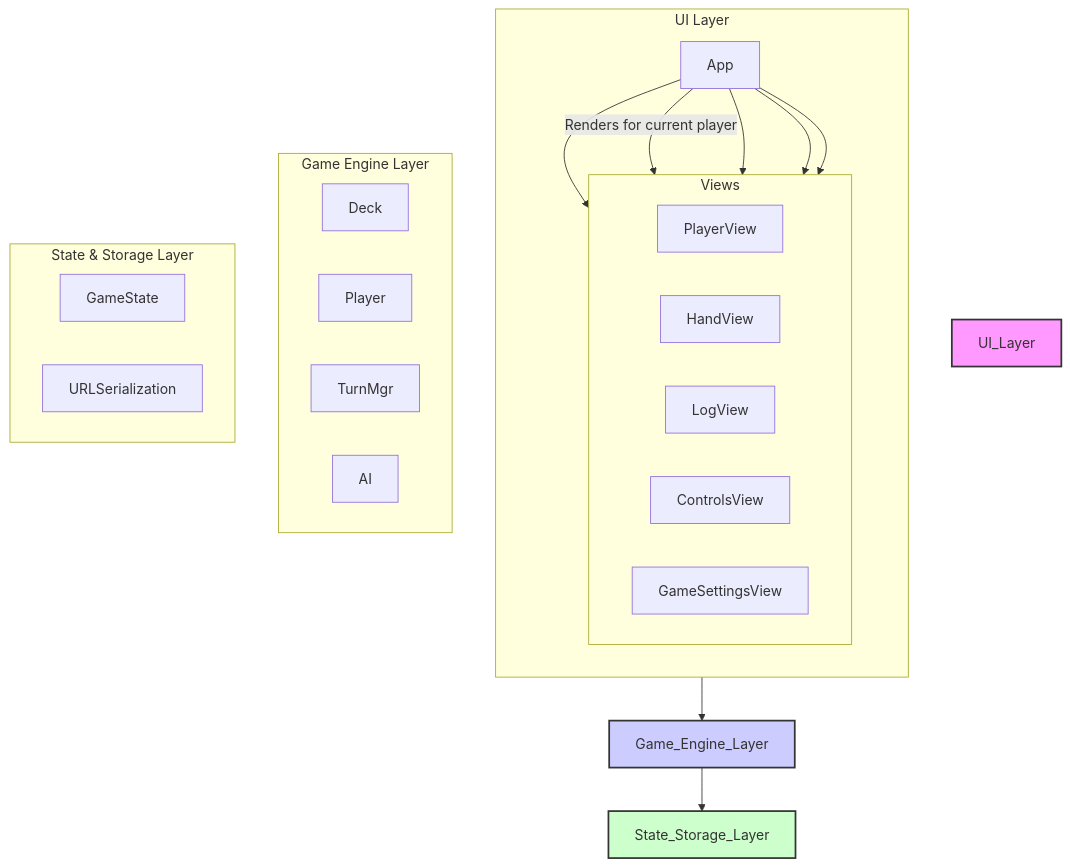
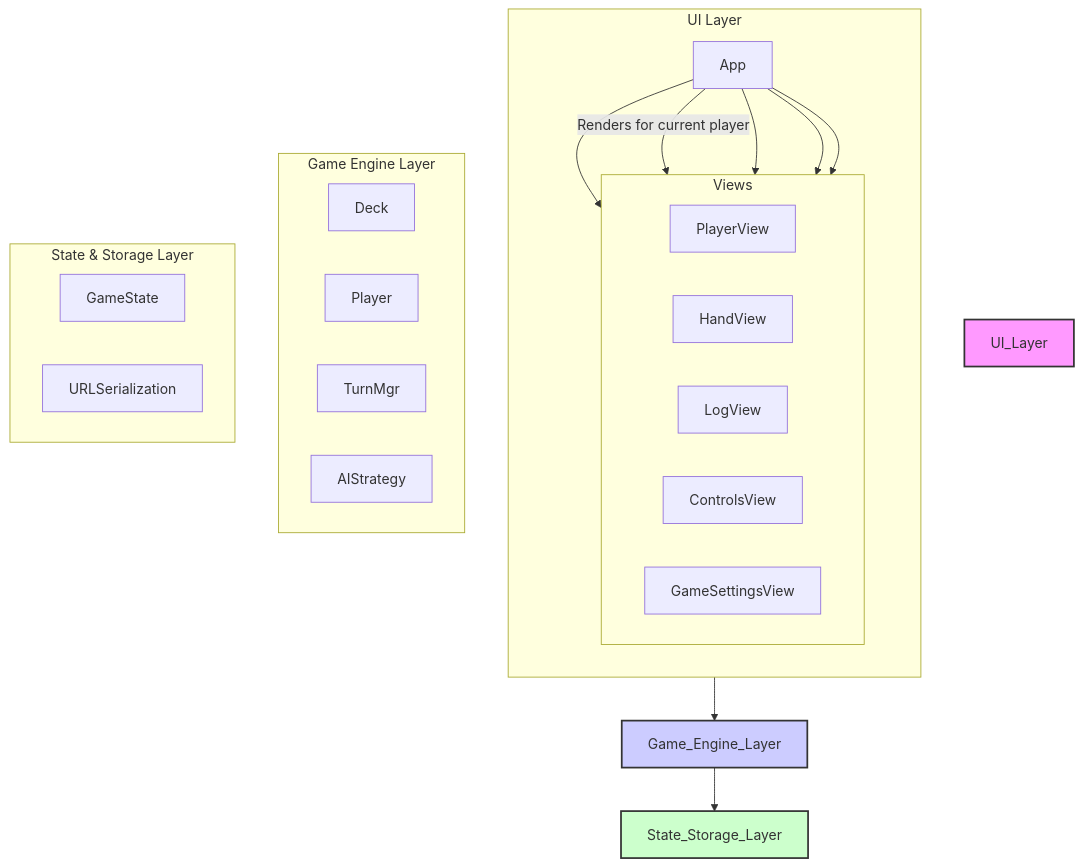
One commit to slior/race-game changed the first of 2 diagrams in memory-bank/systemPatterns.md. Above: the diagram before and after it, drawn with Mermaid. The commit also changed other lines of this file and 24 other files, not shown here.

````diff
--- a/memory-bank/systemPatterns.md
+++ b/memory-bank/systemPatterns.md
@@ -5,43 +5,43 @@
 ```mermaid
 flowchart TD
     subgraph UI Layer
         direction TD
         App
 
         subgraph "Views"
             direction LR
             PlayerView
             HandView
             LogView
             ControlsView
             GameSettingsView
         end
 
         App --> PlayerView
         App -- Renders for current player --> HandView
         App --> LogView
         App --> ControlsView
         App --> GameSettingsView
     end
 
     subgraph Game Engine Layer
         direction LR
         Deck
         Player
         TurnMgr
-        AI
+        AIStrategy
     end
 
     subgraph State & Storage Layer
         direction LR
         GameState
         URLSerialization
     end
 
     App --> Game_Engine_Layer
     Game_Engine_Layer --> State_Storage_Layer
 
     style UI_Layer fill:#f9f,stroke:#333,stroke-width:2px
     style Game_Engine_Layer fill:#ccf,stroke:#333,stroke-width:2px
     style State_Storage_Layer fill:#cfc,stroke:#333,stroke-width:2px
 ```
````
